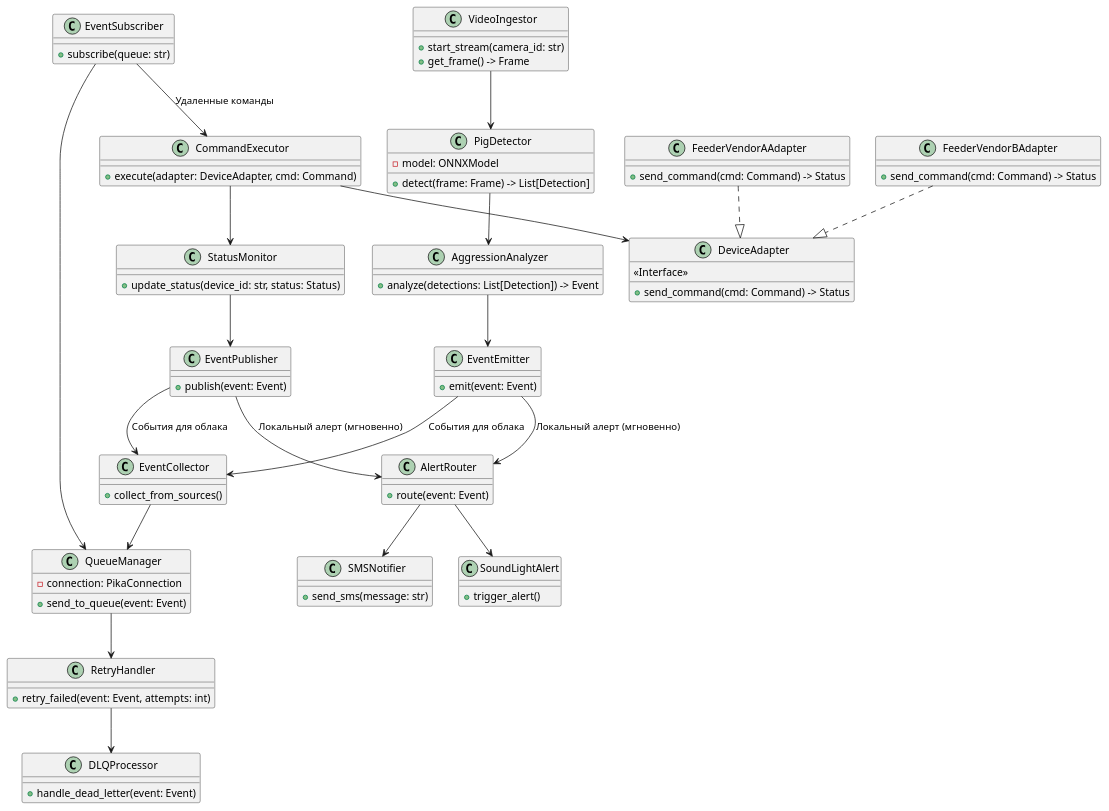
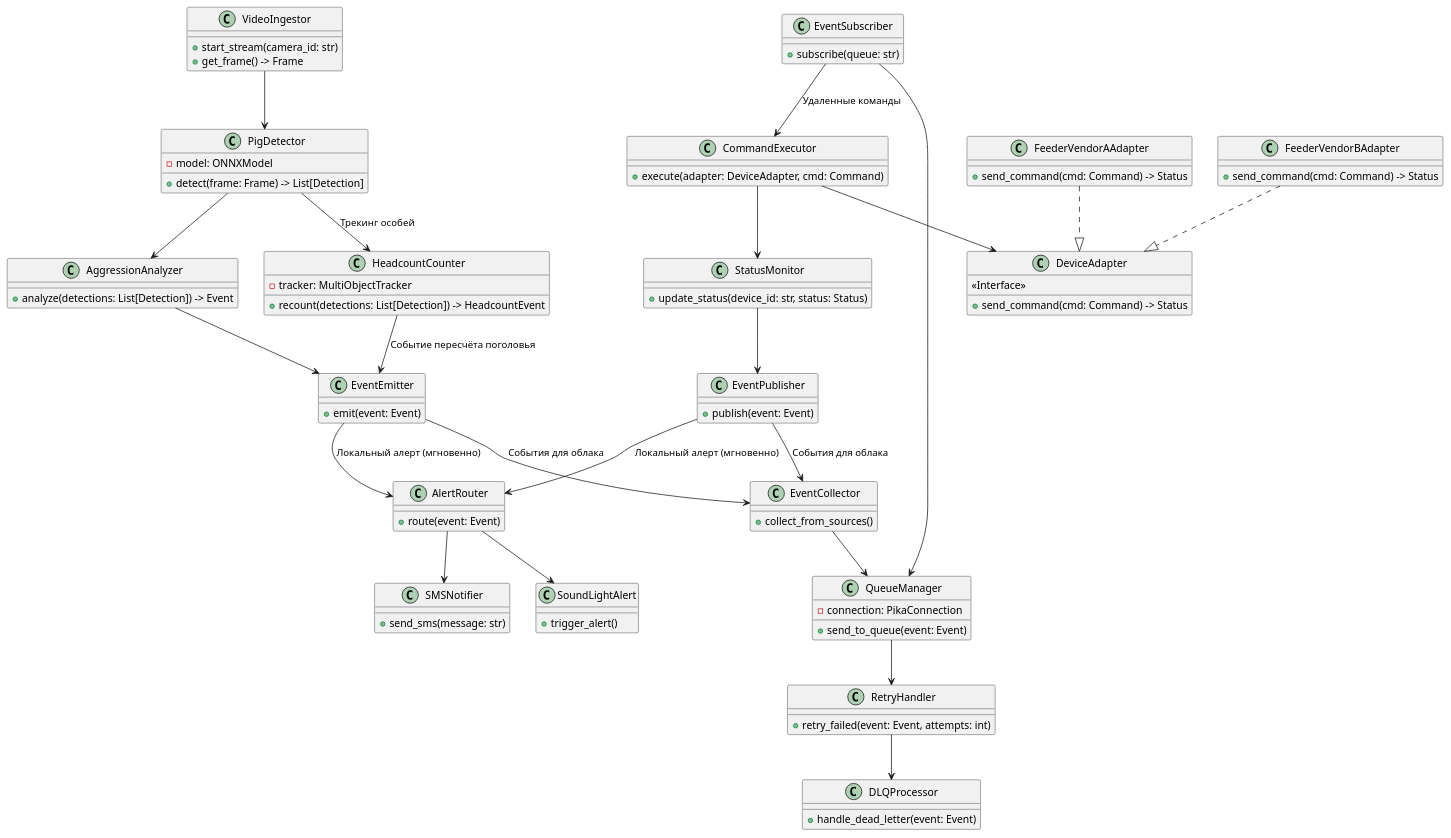
The diagram in Task3/diagrams/code/variant_a.puml (Lexxar91/MSA-AgroTech), drawn with PlantUML before and after one commit. The commit also changed 9 other files, not shown here.

First line of the commit message:
fix(architecture): исправить рассинхрон C1-C4 диаграмм и ADR

```diff
--- a/Task3/diagrams/code/variant_a.puml
+++ b/Task3/diagrams/code/variant_a.puml
@@ -1,110 +1,117 @@
 @startuml
 ' C4 Code Level — Основной вариант (гибрид)
 
 class VideoIngestor {
   + start_stream(camera_id: str)
   + get_frame() -> Frame
 }
 
 class PigDetector {
   - model: ONNXModel
   + detect(frame: Frame) -> List[Detection]
 }
 
 class AggressionAnalyzer {
   + analyze(detections: List[Detection]) -> Event
+}
+
+class HeadcountCounter {
+  - tracker: MultiObjectTracker
+  + recount(detections: List[Detection]) -> HeadcountEvent
 }
 
 class EventEmitter {
   + emit(event: Event)
 }
 
 class DeviceAdapter {
   <<Interface>>
   + send_command(cmd: Command) -> Status
 }
 
 class FeederVendorAAdapter {
   + send_command(cmd: Command) -> Status
 }
 
 class FeederVendorBAdapter {
   + send_command(cmd: Command) -> Status
 }
 
 class CommandExecutor {
   + execute(adapter: DeviceAdapter, cmd: Command)
 }
 
 class StatusMonitor {
   + update_status(device_id: str, status: Status)
 }
 
 class EventPublisher {
   + publish(event: Event)
 }
 
 class AlertRouter {
   + route(event: Event)
 }
 
 class SMSNotifier {
   ' Требует интернет-соединения
   + send_sms(message: str)
 }
 
 class SoundLightAlert {
   + trigger_alert()
 }
 
 class EventSubscriber {
   + subscribe(queue: str)
 }
 
 class QueueManager {
   - connection: PikaConnection
   + send_to_queue(event: Event)
 }
 
 class RetryHandler {
   + retry_failed(event: Event, attempts: int)
 }
 
 class DLQProcessor {
   + handle_dead_letter(event: Event)
 }
 
 class EventCollector {
   + collect_from_sources()
 }
 
 ' Зависимости
 VideoIngestor --> PigDetector
 PigDetector --> AggressionAnalyzer
+PigDetector --> HeadcountCounter : Трекинг особей
 AggressionAnalyzer --> EventEmitter
+HeadcountCounter --> EventEmitter : Событие пересчёта поголовья
 
 ' Локальные алерты идут напрямую, минуя очередь в облако
 EventEmitter --> AlertRouter : Локальный алерт (мгновенно)
 EventEmitter --> EventCollector : События для облака
 
 FeederVendorAAdapter ..|> DeviceAdapter
 FeederVendorBAdapter ..|> DeviceAdapter
 CommandExecutor --> DeviceAdapter
 CommandExecutor --> StatusMonitor
 StatusMonitor --> EventPublisher
 
 EventPublisher --> AlertRouter : Локальный алерт (мгновенно)
 EventPublisher --> EventCollector : События для облака
 
 EventCollector --> QueueManager
 QueueManager --> RetryHandler
 RetryHandler --> DLQProcessor
 
 ' Подписчик нужен только для приема команд ИЗ облака (например, удаленный запуск кормушки)
 EventSubscriber --> QueueManager
 EventSubscriber --> CommandExecutor : Удаленные команды
 
 AlertRouter --> SMSNotifier
 AlertRouter --> SoundLightAlert
 
 @enduml
```
